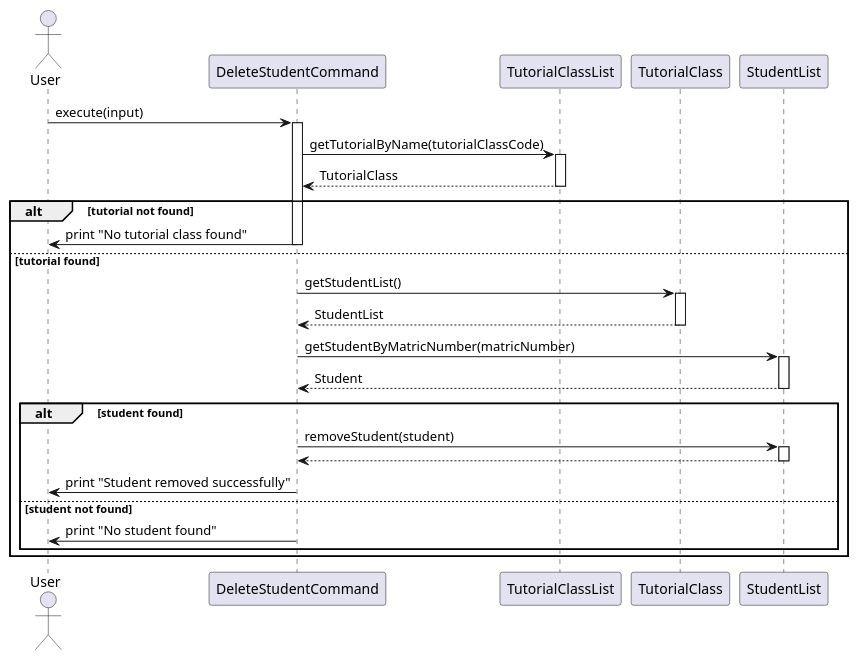
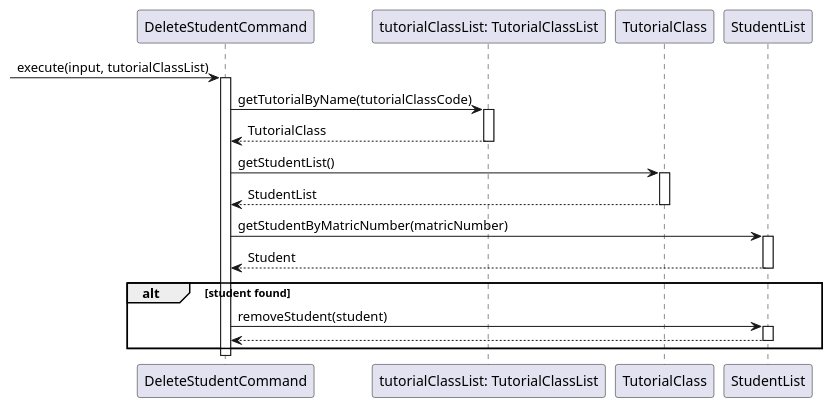
Before and after one commit to wongyihao02/tp: the diagram in docs/diagrams/studentcommands/DeleteStudentCommandSequenceDiagram.puml, drawn with PlantUML. The commit also changed 14 other files, not shown here.

First line of the commit message:
Fix Sequence and Class Diagrams

```diff
--- a/docs/diagrams/studentcommands/DeleteStudentCommandSequenceDiagram.puml
+++ b/docs/diagrams/studentcommands/DeleteStudentCommandSequenceDiagram.puml
@@ -1,43 +1,36 @@
 @startuml
-actor User
 
 participant "DeleteStudentCommand" as DSC
-participant "TutorialClassList" as TCL
+participant "tutorialClassList: TutorialClassList" as TCL
 participant "TutorialClass" as TC
 participant "StudentList" as SL
 
-User -> DSC: execute(input)
+-> DSC: execute(input, tutorialClassList)
 activate DSC
 
 DSC -> TCL: getTutorialByName(tutorialClassCode)
 activate TCL
 TCL --> DSC: TutorialClass
 deactivate TCL
 
-alt tutorial not found
-    DSC -> User: print "No tutorial class found"
-    deactivate DSC
-else tutorial found
+
     DSC -> TC: getStudentList()
     activate TC
     TC --> DSC: StudentList
     deactivate TC
 
     DSC -> SL: getStudentByMatricNumber(matricNumber)
     activate SL
     SL --> DSC: Student
     deactivate SL
 
     alt student found
         DSC -> SL: removeStudent(student)
         activate SL
         SL --> DSC
         deactivate SL
-        DSC -> User: print "Student removed successfully"
-    else student not found
-        DSC -> User: print "No student found"
     end
     deactivate DSC
-end
+
 
 @enduml
```
